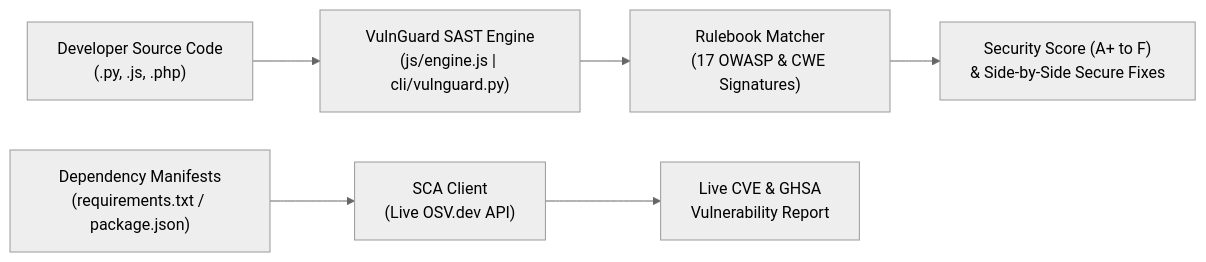
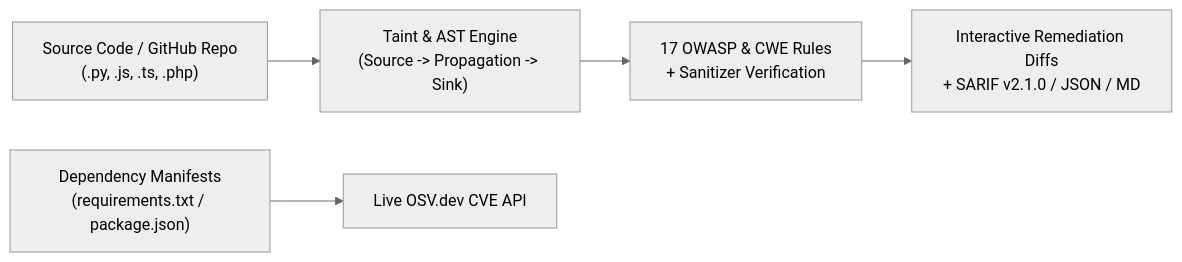
The diagram in README.md (PrattayDev/vulnguard-sast), drawn with Mermaid (neutral theme) before and after one commit. The commit also changed other lines of this file, not shown here.

Commit message:
Upgrade to v2.0 (Taint, AST, SARIF, GitHub Repo Scanner, Tests): README.md

````diff
--- a/README.md
+++ b/README.md
@@ -34,8 +35,7 @@
 ```mermaid
 flowchart LR
-    A["Developer Source Code\n(.py, .js, .php)"] --> B["VulnGuard SAST Engine\n(js/engine.js | cli/vulnguard.py)"]
-    C["Dependency Manifests\n(requirements.txt / package.json)"] --> D["SCA Client\n(Live OSV.dev API)"]
-    B --> E["Rulebook Matcher\n(17 OWASP & CWE Signatures)"]
-    E --> F["Security Score (A+ to F)\n& Side-by-Side Secure Fixes"]
-    D --> G["Live CVE & GHSA\nVulnerability Report"]
+    A["Source Code / GitHub Repo\n(.py, .js, .ts, .php)"] --> B["Taint & AST Engine\n(Source -> Propagation -> Sink)"]
+    B --> C["17 OWASP & CWE Rules\n+ Sanitizer Verification"]
+    C --> D["Interactive Remediation Diffs\n+ SARIF v2.1.0 / JSON / MD"]
+    E["Dependency Manifests\n(requirements.txt / package.json)"] --> F["Live OSV.dev CVE API"]
 ```
````
